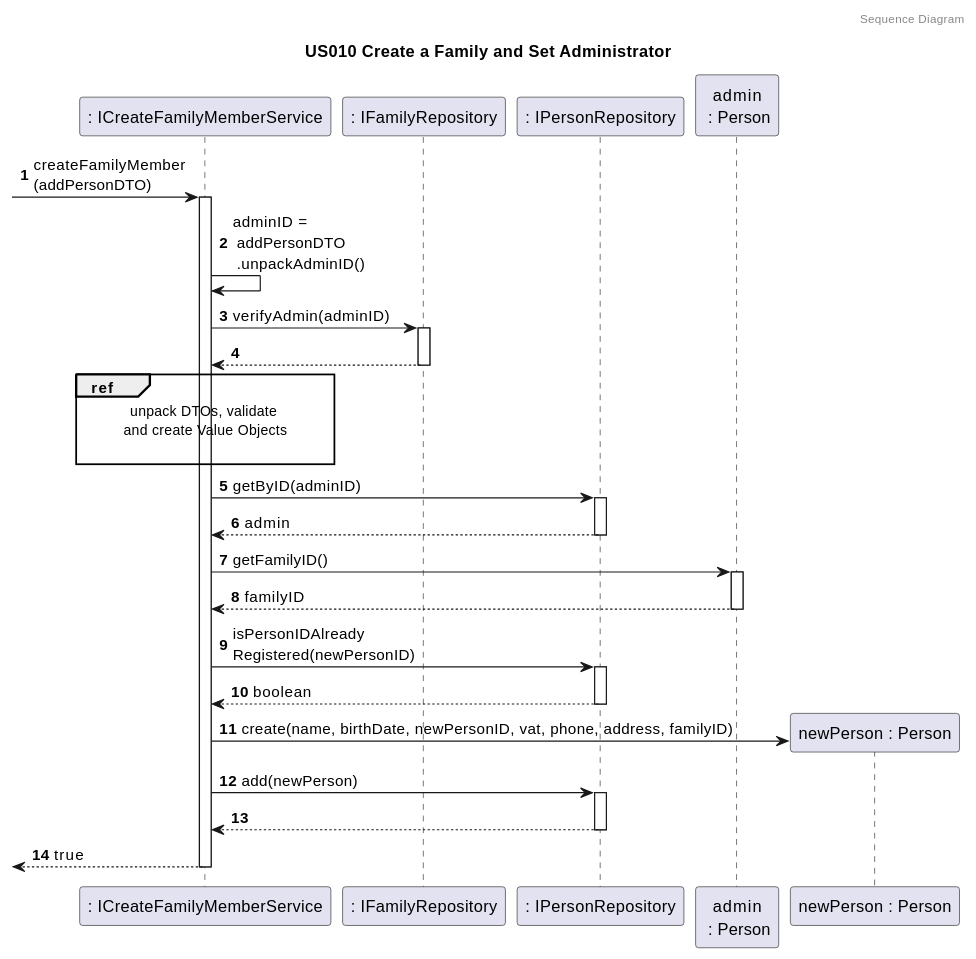
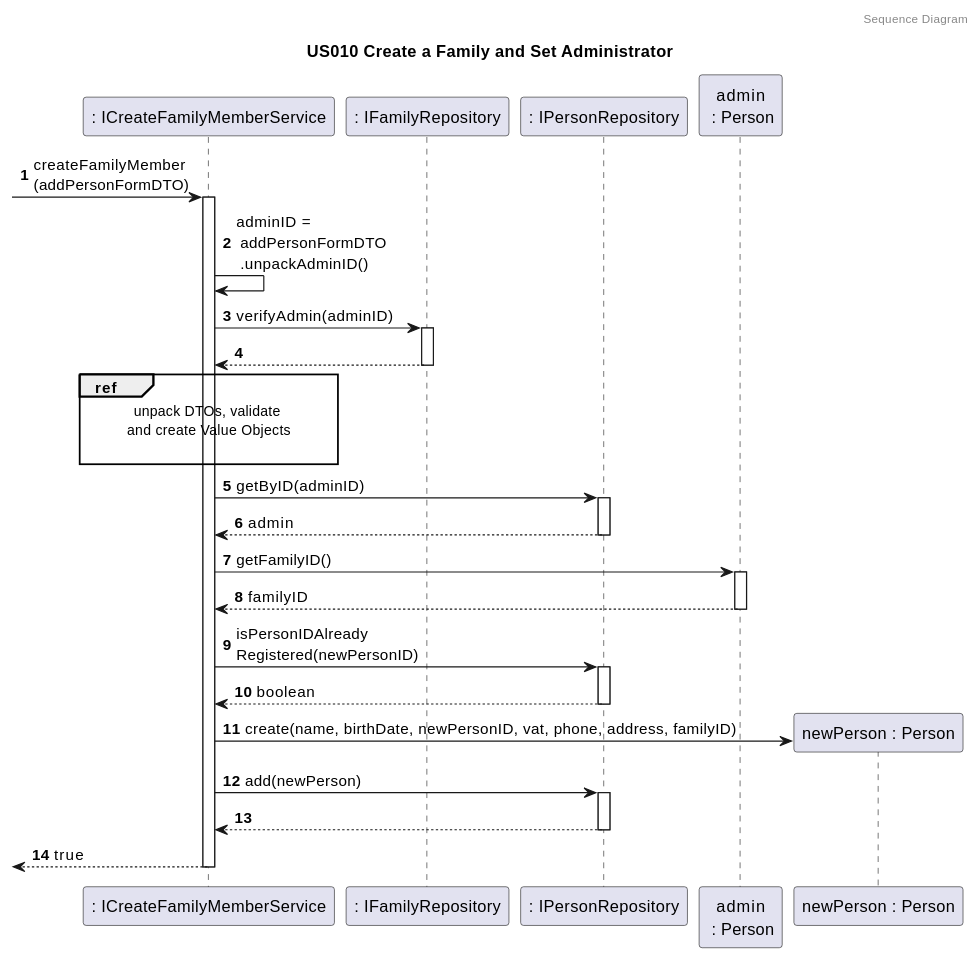
One commit to tomas-osswald/switch_2020_g3 changed the fourth of 4 diagrams in docs/sprint4/user_stories/US101_AddFamilyMember.md. Above: the diagram before and after it, drawn with PlantUML. The commit also changed other lines of this file and 16 other files, not shown here.

`````diff
--- a/docs/sprint4/user_stories/US101_AddFamilyMember.md
+++ b/docs/sprint4/user_stories/US101_AddFamilyMember.md
@@ -351,51 +351,51 @@
 ````puml
 @startuml
 
 autonumber
 header Sequence Diagram
 title US010 Create a Family and Set Administrator
 
 
 participant ": ICreateFamilyMemberService" as service
 participant ": IFamilyRepository" as frepo
 participant ": IPersonRepository" as prepo
 participant "admin\n : Person" as admin
 participant "newPerson : Person" as newPerson
 
--> service : createFamilyMember\n(addPersonDTO)
+-> service : createFamilyMember\n(addPersonFormDTO)
 activate service
 
-service -> service : adminID =\n addPersonDTO\n .unpackAdminID()
+service -> service : adminID =\n addPersonFormDTO\n .unpackAdminID()
 
 service -> frepo : verifyAdmin(adminID)
 activate frepo
 return
 
 ref over service
 unpack DTOs, validate 
 and create Value Objects
 
 end ref
 
 service -> prepo : getByID(adminID)
 activate prepo
 return admin
 
 service -> admin : getFamilyID()
 activate admin
 return familyID
 
 service -> prepo: isPersonIDAlready\nRegistered(newPersonID)
 activate prepo
 return boolean
 
 service -> newPerson** : create(name, birthDate, newPersonID, vat, phone, address, familyID)
 
 service -> prepo : add(newPerson)
 activate prepo
 return
 
 return true
 
 @enduml
 ````
`````
